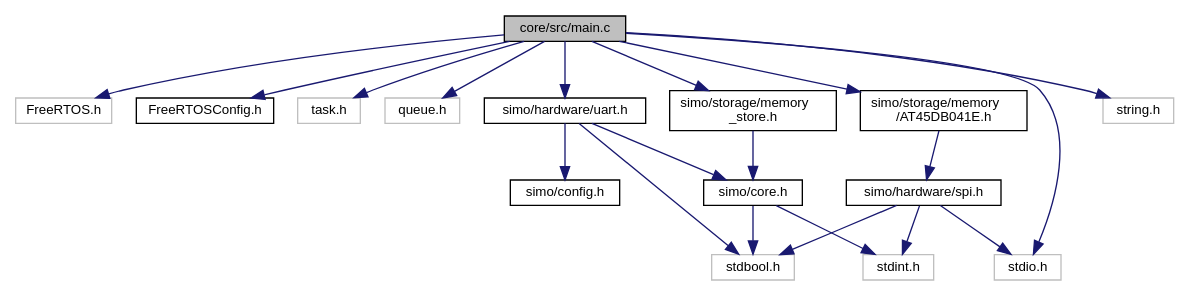
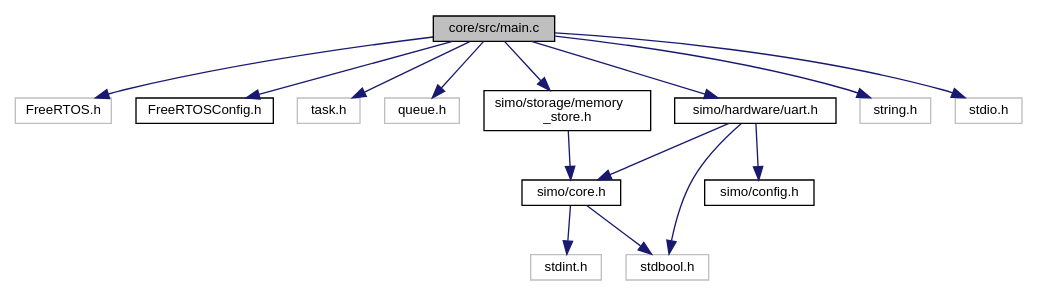
One commit to Germanvelardez2018/simo.v2 changed the diagram in docs/main_8c__incl.dot. Above: the diagram before and after it, drawn with Graphviz. The commit also changed 54 other files, not shown here.

```diff
--- a/docs/main_8c__incl.dot
+++ b/docs/main_8c__incl.dot
@@ -1,40 +1,33 @@
 digraph "core/src/main.c"
 {
  // LATEX_PDF_SIZE
   edge [fontname="Helvetica",fontsize="10",labelfontname="Helvetica",labelfontsize="10"];
   node [fontname="Helvetica",fontsize="10",shape=record];
-  Node1 [label="core/src/main.c",height=0.2,width=0.4,color="black", fillcolor="grey75", style="filled", fontcolor="black",tooltip=" "];
+  Node1 [label="core/src/main.c",height=0.2,width=0.4,color="black", fillcolor="grey75", style="filled", fontcolor="black",tooltip="Aplicacion SIMO v2."];
   Node1 -> Node2 [color="midnightblue",fontsize="10",style="solid",fontname="Helvetica"];
   Node2 [label="FreeRTOS.h",height=0.2,width=0.4,color="grey75", fillcolor="white", style="filled",tooltip=" "];
   Node1 -> Node3 [color="midnightblue",fontsize="10",style="solid",fontname="Helvetica"];
   Node3 [label="FreeRTOSConfig.h",height=0.2,width=0.4,color="black", fillcolor="white", style="filled",URL="$_free_r_t_o_s_config_8h.html",tooltip=" "];
   Node1 -> Node4 [color="midnightblue",fontsize="10",style="solid",fontname="Helvetica"];
   Node4 [label="task.h",height=0.2,width=0.4,color="grey75", fillcolor="white", style="filled",tooltip=" "];
   Node1 -> Node5 [color="midnightblue",fontsize="10",style="solid",fontname="Helvetica"];
   Node5 [label="queue.h",height=0.2,width=0.4,color="grey75", fillcolor="white", style="filled",tooltip=" "];
   Node1 -> Node6 [color="midnightblue",fontsize="10",style="solid",fontname="Helvetica"];
-  Node6 [label="simo/hardware/uart.h",height=0.2,width=0.4,color="black", fillcolor="white", style="filled",URL="$uart_8h.html",tooltip="Capa de abstraccion para manejar el harware uart del micro RP2040 (Raspberry PI PICO)"];
+  Node6 [label="simo/hardware/uart.h",height=0.2,width=0.4,color="black", fillcolor="white", style="filled",URL="$uart_8h.html",tooltip="Header de capa para manejor del hardware UART (NIVEL 0)"];
   Node6 -> Node7 [color="midnightblue",fontsize="10",style="solid",fontname="Helvetica"];
   Node7 [label="simo/core.h",height=0.2,width=0.4,color="black", fillcolor="white", style="filled",URL="$core_8h.html",tooltip="Core de la aplicacion. En este archivo van elementos indispensables para la aplicacion...."];
   Node7 -> Node8 [color="midnightblue",fontsize="10",style="solid",fontname="Helvetica"];
   Node8 [label="stdbool.h",height=0.2,width=0.4,color="grey75", fillcolor="white", style="filled",tooltip=" "];
   Node7 -> Node9 [color="midnightblue",fontsize="10",style="solid",fontname="Helvetica"];
   Node9 [label="stdint.h",height=0.2,width=0.4,color="grey75", fillcolor="white", style="filled",tooltip=" "];
   Node6 -> Node10 [color="midnightblue",fontsize="10",style="solid",fontname="Helvetica"];
   Node10 [label="simo/config.h",height=0.2,width=0.4,color="black", fillcolor="white", style="filled",URL="$config_8h.html",tooltip="Archivo con configuraciones y definiciones. Se incluye en la mayoria de los modulos."];
   Node6 -> Node8 [color="midnightblue",fontsize="10",style="solid",fontname="Helvetica"];
   Node1 -> Node11 [color="midnightblue",fontsize="10",style="solid",fontname="Helvetica"];
   Node11 [label="simo/storage/memory\l_store.h",height=0.2,width=0.4,color="black", fillcolor="white", style="filled",URL="$memory__store_8h.html",tooltip="Driver para memory."];
   Node11 -> Node7 [color="midnightblue",fontsize="10",style="solid",fontname="Helvetica"];
   Node1 -> Node12 [color="midnightblue",fontsize="10",style="solid",fontname="Helvetica"];
-  Node12 [label="simo/storage/memory\l/AT45DB041E.h",height=0.2,width=0.4,color="black", fillcolor="white", style="filled",URL="$_a_t45_d_b041_e_8h.html",tooltip="Driver para manejar la memoria flash AT45DB041E. No usar de manera directa en aplicacion."];
-  Node12 -> Node13 [color="midnightblue",fontsize="10",style="solid",fontname="Helvetica"];
-  Node13 [label="simo/hardware/spi.h",height=0.2,width=0.4,color="black", fillcolor="white", style="filled",URL="$spi_8h.html",tooltip=" "];
-  Node13 -> Node9 [color="midnightblue",fontsize="10",style="solid",fontname="Helvetica"];
-  Node13 -> Node14 [color="midnightblue",fontsize="10",style="solid",fontname="Helvetica"];
-  Node14 [label="stdio.h",height=0.2,width=0.4,color="grey75", fillcolor="white", style="filled",tooltip=" "];
-  Node13 -> Node8 [color="midnightblue",fontsize="10",style="solid",fontname="Helvetica"];
-  Node1 -> Node15 [color="midnightblue",fontsize="10",style="solid",fontname="Helvetica"];
-  Node15 [label="string.h",height=0.2,width=0.4,color="grey75", fillcolor="white", style="filled",tooltip=" "];
-  Node1 -> Node14 [color="midnightblue",fontsize="10",style="solid",fontname="Helvetica"];
+  Node12 [label="string.h",height=0.2,width=0.4,color="grey75", fillcolor="white", style="filled",tooltip=" "];
+  Node1 -> Node13 [color="midnightblue",fontsize="10",style="solid",fontname="Helvetica"];
+  Node13 [label="stdio.h",height=0.2,width=0.4,color="grey75", fillcolor="white", style="filled",tooltip=" "];
 }
```
